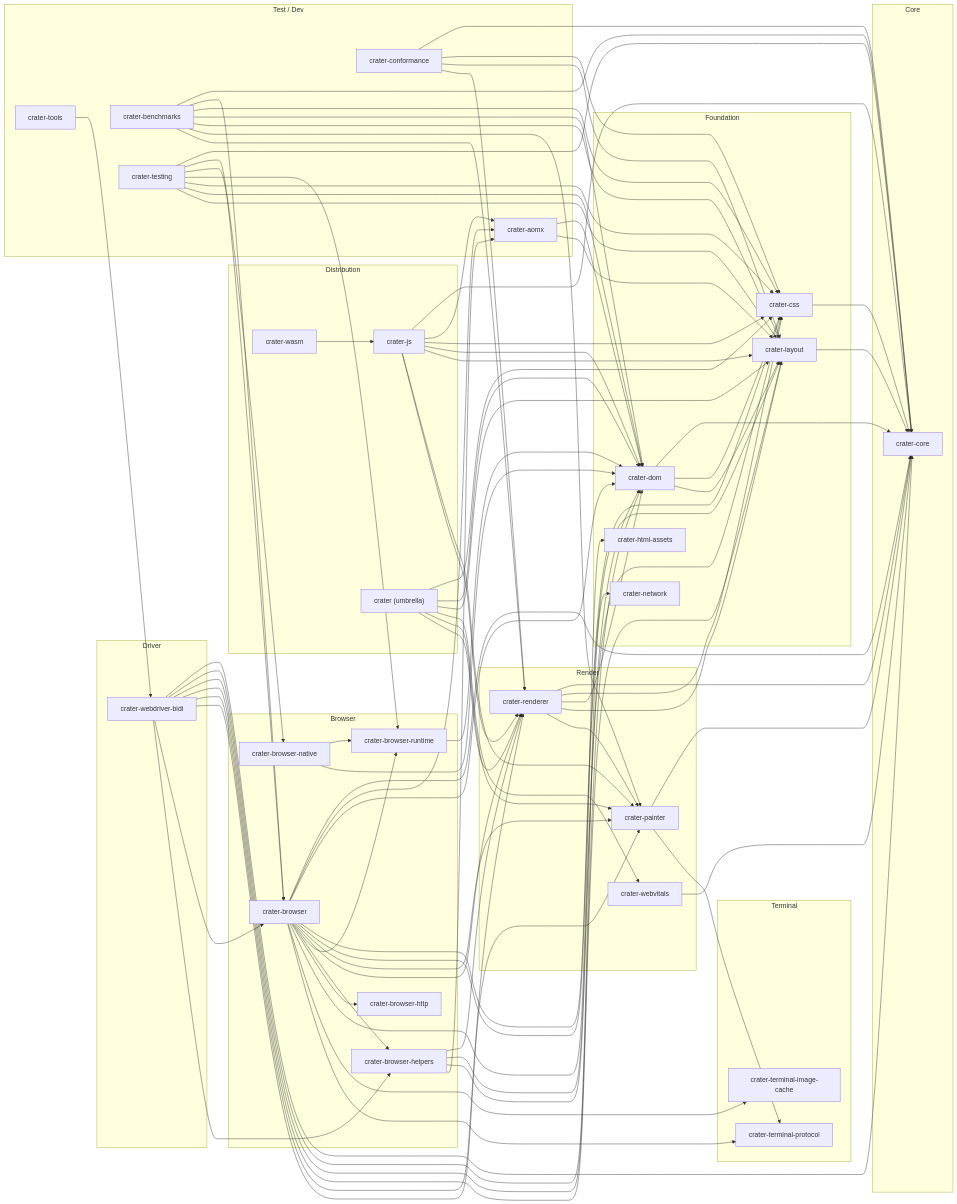
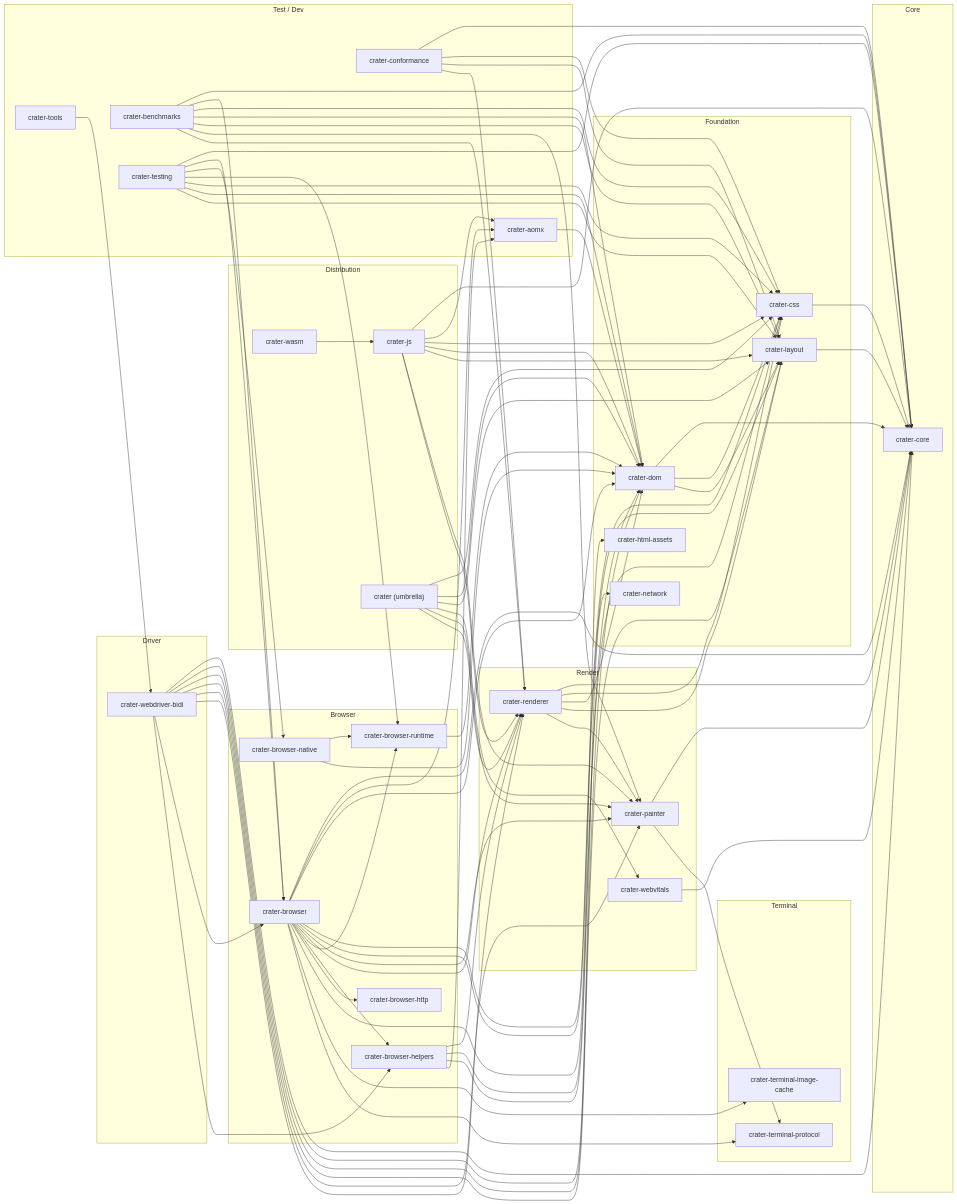
The diagram in docs/module-graph.md (mizchi/crater), drawn with Mermaid before and after one commit. The commit also changed other lines of this file and 7 other files, not shown here.

```diff
--- a/docs/module-graph.md
+++ b/docs/module-graph.md
@@ -51,7 +51,6 @@
   end
 
   mizchi_crater_aomx --> mizchi_crater_dom
-  mizchi_crater_aomx --> mizchi_crater_layout
   mizchi_crater_benchmarks --> mizchi_crater_core
   mizchi_crater_benchmarks --> mizchi_crater_browser
   mizchi_crater_benchmarks --> mizchi_crater_css
```
